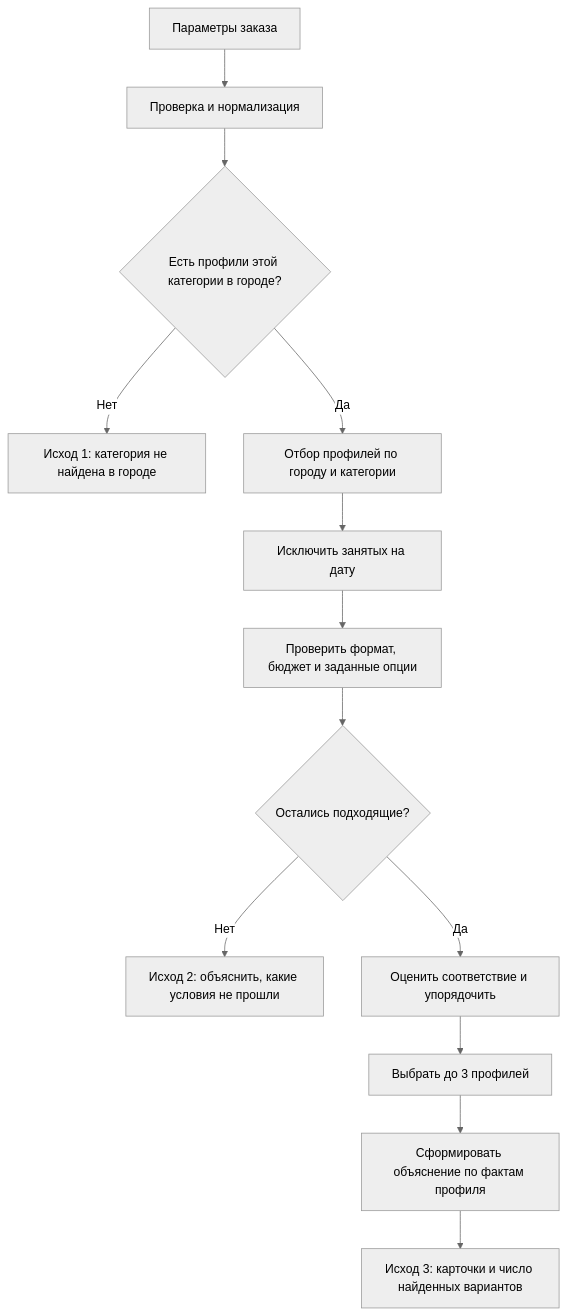
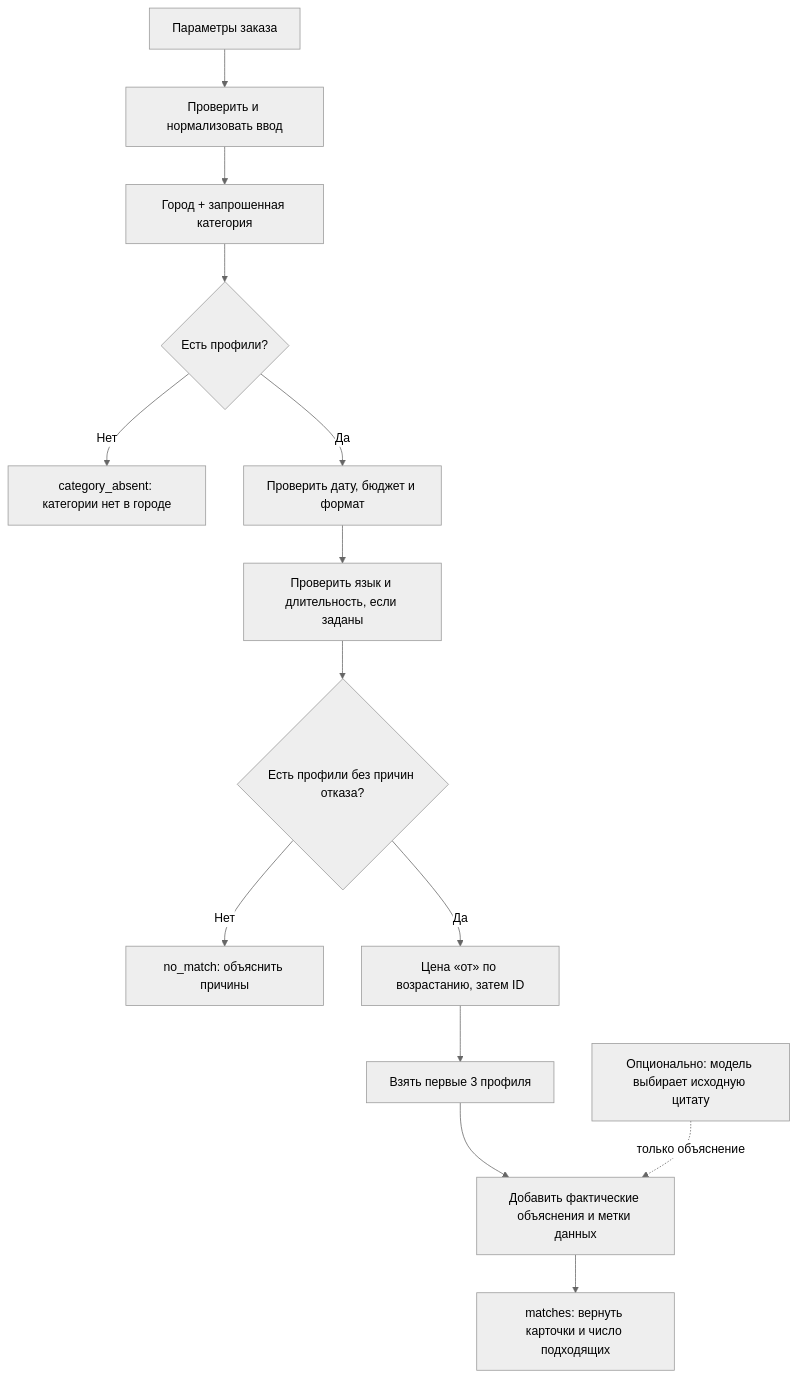
One commit to BAITC-Hacks/hack-22efa0ed-codexflow changed the diagram in docs/pipeline.md. Above: the diagram before and after it, drawn with Mermaid (neutral theme). The commit also changed other lines of this file, not shown here.

````diff
--- a/docs/pipeline.md
+++ b/docs/pipeline.md
@@ -7,15 +7,16 @@
 ```mermaid
 flowchart TD
-    A[Параметры заказа] --> B[Проверка и нормализация]
-    B --> C{Есть профили этой категории в городе?}
-    C -- Нет --> X[Исход 1: категория не найдена в городе]
-    C -- Да --> D[Отбор профилей по городу и категории]
-    D --> E[Исключить занятых на дату]
-    E --> F[Проверить формат, бюджет и заданные опции]
-    F --> G{Остались подходящие?}
-    G -- Нет --> Y[Исход 2: объяснить, какие условия не прошли]
-    G -- Да --> H[Оценить соответствие и упорядочить]
-    H --> I[Выбрать до 3 профилей]
-    I --> J[Сформировать объяснение по фактам профиля]
-    J --> K[Исход 3: карточки и число найденных вариантов]
+    A[Параметры заказа] --> B[Проверить и нормализовать ввод]
+    B --> C[Город + запрошенная категория]
+    C --> D{Есть профили?}
+    D -- Нет --> X[category_absent: категории нет в городе]
+    D -- Да --> E[Проверить дату, бюджет и формат]
+    E --> F[Проверить язык и длительность, если заданы]
+    F --> G{Есть профили без причин отказа?}
+    G -- Нет --> Y[no_match: объяснить причины]
+    G -- Да --> H[Цена «от» по возрастанию, затем ID]
+    H --> I[Взять первые 3 профиля]
+    I --> J[Добавить фактические объяснения и метки данных]
+    J --> K[matches: вернуть карточки и число подходящих]
+    L[Опционально: модель выбирает исходную цитату] -. только объяснение .-> J
 ```
````
